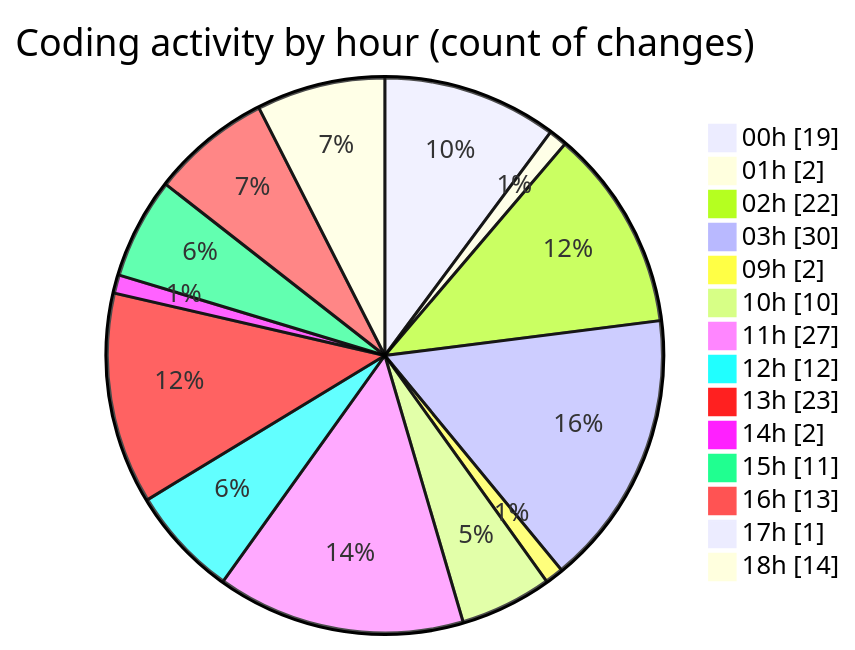
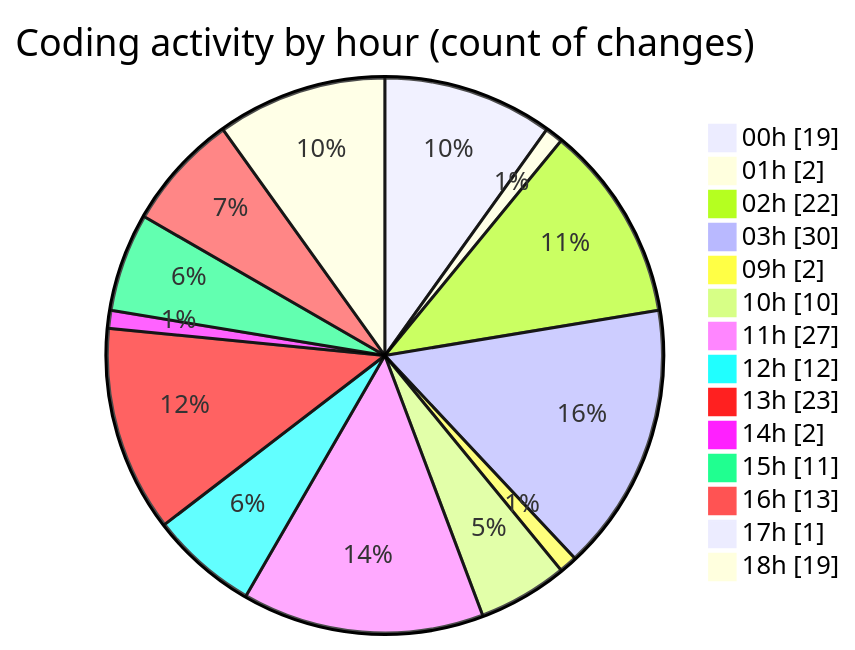
The second of 2 diagrams in 2025-10-21/eventscop-frontend-guide__workspace_/README.md (julien-gomy/code-tracking), drawn with Mermaid before and after one commit. The commit also changed other lines of this file and 1 other file, not shown here.

````diff
--- a/2025-10-21/eventscop-frontend-guide__workspace_/README.md
+++ b/2025-10-21/eventscop-frontend-guide__workspace_/README.md
@@ -63,18 +63,18 @@
 ```mermaid
 pie showData
 title Coding activity by hour (count of changes)
 "00h" : 19
 "01h" : 2
 "02h" : 22
 "03h" : 30
 "09h" : 2
 "10h" : 10
 "11h" : 27
 "12h" : 12
 "13h" : 23
 "14h" : 2
 "15h" : 11
 "16h" : 13
 "17h" : 1
-"18h" : 14
+"18h" : 19
 ```
````
